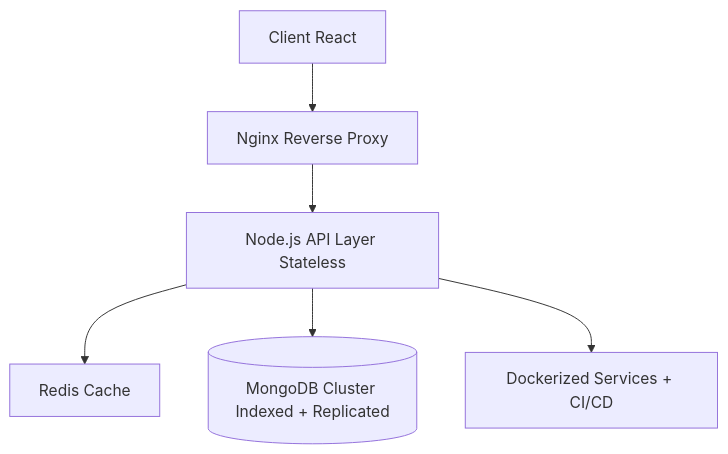
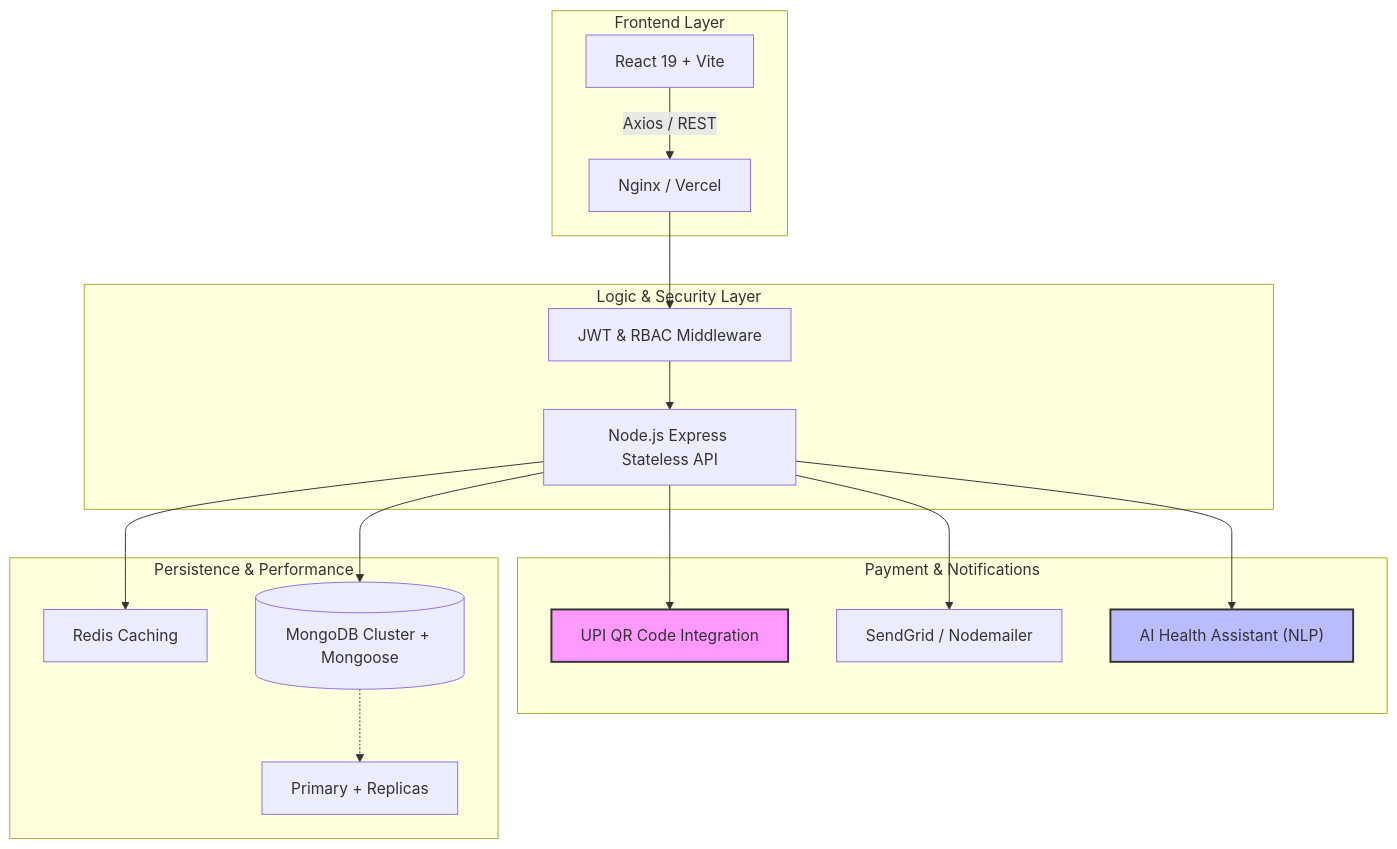
One commit to AmiTtiwari43/AmiTtiwari43 changed the first of 3 diagrams in README.md. Above: the diagram before and after it, drawn with Mermaid. The commit also changed other lines of this file, not shown here.

Commit message:
refactor: enhance README.md with new sections for tech stack, architecture, and workflow diagrams, and restructure existing content into tables for improved readability.

````diff
--- a/README.md
+++ b/README.md
@@ -79,8 +77,26 @@
 ```mermaid
 graph TD
-    Client[Client React] --> Proxy[Nginx Reverse Proxy]
-    Proxy --> API[Node.js API Layer Stateless]
-    API --> Cache[Redis Cache]
-    API --> DB[(MongoDB Cluster Indexed + Replicated)]
-    API --> CICD[Dockerized Services + CI/CD]
+    subgraph "Frontend Layer"
+        Client["React 19 + Vite"] -- "Axios / REST" --> Proxy[Nginx / Vercel]
+    end
+
+    subgraph "Logic & Security Layer"
+        Proxy --> Auth["JWT & RBAC Middleware"]
+        Auth --> API["Node.js Express Stateless API"]
+    end
+
+    subgraph "Payment & Notifications"
+        API --> UPI["UPI QR Code Integration"]
+        API --> Mail["SendGrid / Nodemailer"]
+        API --> AI["AI Health Assistant (NLP)"]
+    end
+
+    subgraph "Persistence & Performance"
+        API --> Cache["Redis Caching"]
+        API --> DB[("MongoDB Cluster + Mongoose")]
+        DB -.-> Replicas["Primary + Replicas"]
+    end
+
+    style UPI fill:#f9f,stroke:#333,stroke-width:2px
+    style AI fill:#bbf,stroke:#333,stroke-width:2px
 ```
````
